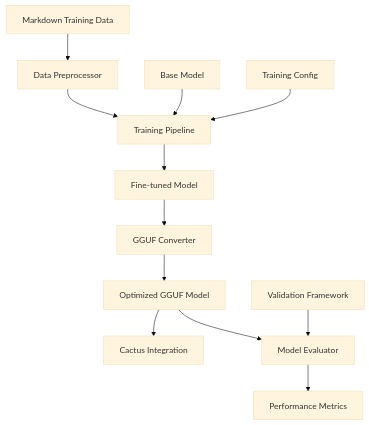
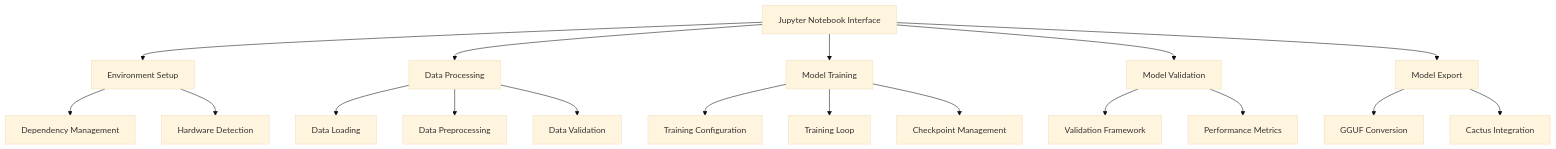
One commit to kopertop/ai-dnd-expo changed the diagram in .kiro/specs/custom-gguf-model-training/design.md. Above: the diagram before and after it, drawn with Mermaid (base theme). The commit also changed other lines of this file and 23 other files, not shown here.

````diff
--- a/.kiro/specs/custom-gguf-model-training/design.md
+++ b/.kiro/specs/custom-gguf-model-training/design.md
@@ -11,15 +11,25 @@
 ```mermaid
-graph TB
-    A[Markdown Training Data] --> B[Data Preprocessor]
-    B --> C[Training Pipeline]
-    D[Base Model] --> C
-    C --> E[Fine-tuned Model]
-    E --> F[GGUF Converter]
-    F --> G[Optimized GGUF Model]
-    G --> H[Cactus Integration]
+graph TD
+    A[Jupyter Notebook Interface] --> B[Environment Setup]
+    A --> C[Data Processing]
+    A --> D[Model Training]
+    A --> E[Model Validation]
+    A --> F[Model Export]
     
-    I[Training Config] --> C
-    J[Validation Framework] --> K[Model Evaluator]
-    G --> K
-    K --> L[Performance Metrics]
+    B --> B1[Dependency Management]
+    B --> B2[Hardware Detection]
+    
+    C --> C1[Data Loading]
+    C --> C2[Data Preprocessing]
+    C --> C3[Data Validation]
+    
+    D --> D1[Training Configuration]
+    D --> D2[Training Loop]
+    D --> D3[Checkpoint Management]
+    
+    E --> E1[Validation Framework]
+    E --> E2[Performance Metrics]
+    
+    F --> F1[GGUF Conversion]
+    F --> F2[Cactus Integration]
 ```
````
